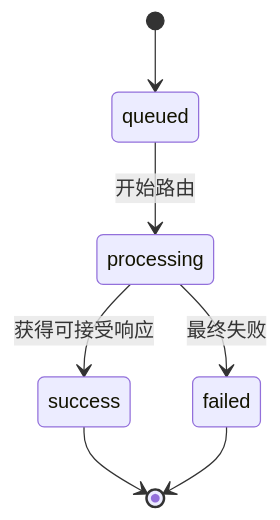
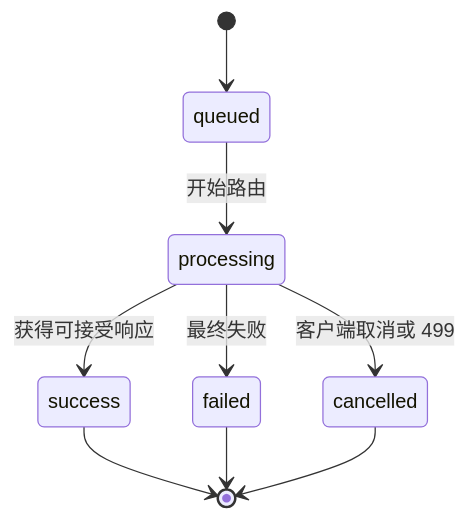
Before and after one commit to shL1481558059/OpenCodex: the second of 2 diagrams in prd/04-domain-model.md, drawn with Mermaid. The commit also changed other lines of this file and 12 other files, not shown here.

````diff
--- a/prd/04-domain-model.md
+++ b/prd/04-domain-model.md
@@ -324,9 +324,11 @@
 ```mermaid
 stateDiagram-v2
     [*] --> queued
     queued --> processing: 开始路由
     processing --> success: 获得可接受响应
     processing --> failed: 最终失败
+    processing --> cancelled: 客户端取消或 499
     success --> [*]
     failed --> [*]
+    cancelled --> [*]
 ```
````
